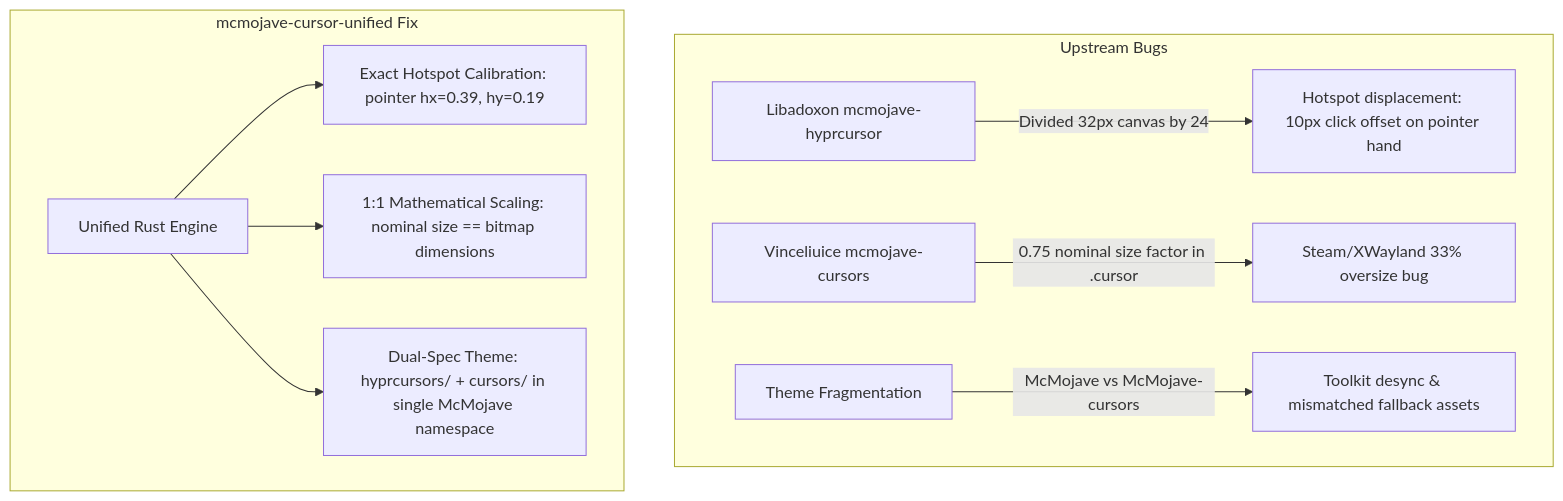
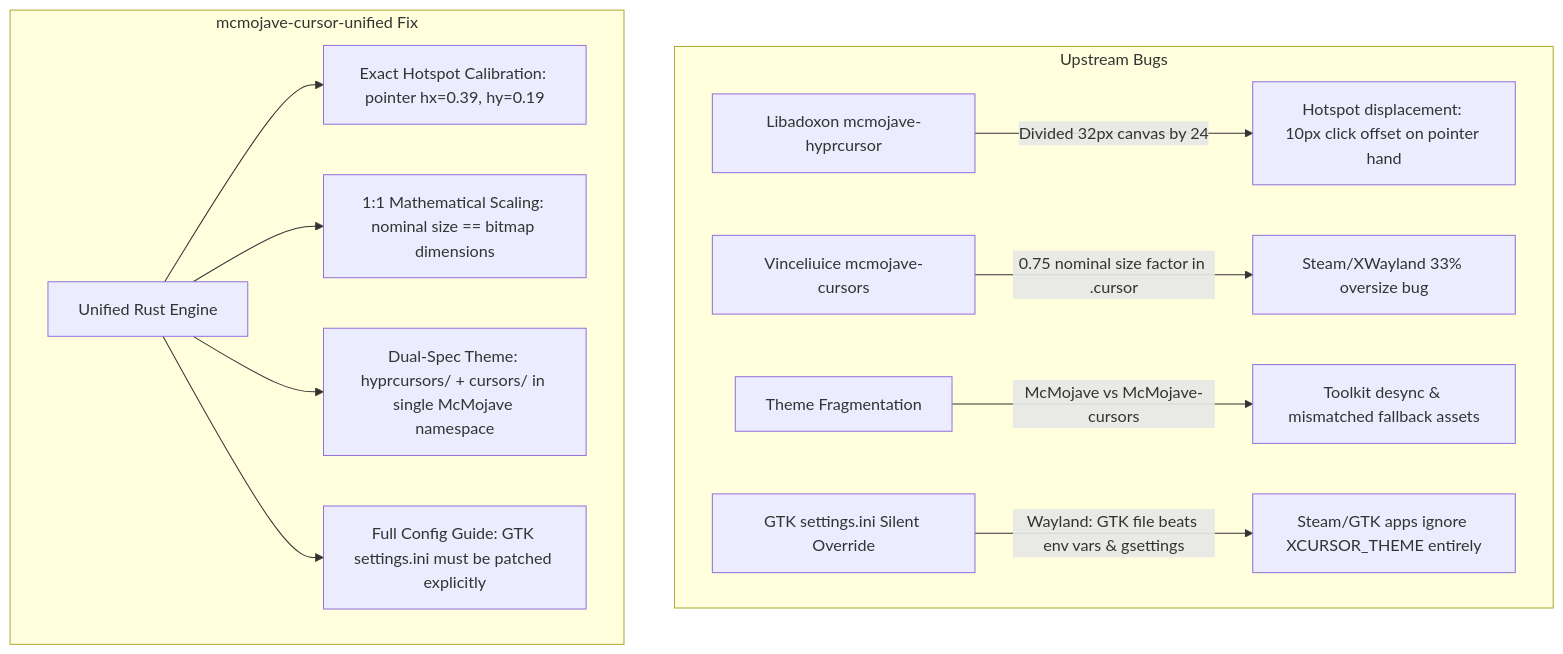
The diagram in README.md (ceduardorodrig/MCMOJAVE-CURSOR-UNIFIED), drawn with Mermaid before and after one commit. The commit also changed other lines of this file, not shown here.

First line of the commit message:
docs: document Bug #4 — GTK settings.ini silent cursor override on Wayland

````diff
--- a/README.md
+++ b/README.md
@@ -15,14 +15,16 @@
 ```mermaid
 flowchart TD
     subgraph Upstream Bugs
         A1[Libadoxon mcmojave-hyprcursor] -->|Divided 32px canvas by 24| B1[Hotspot displacement: 10px click offset on pointer hand]
         A2[Vinceliuice mcmojave-cursors] -->|0.75 nominal size factor in .cursor| B2[Steam/XWayland 33% oversize bug]
         A3[Theme Fragmentation] -->|McMojave vs McMojave-cursors| B3[Toolkit desync & mismatched fallback assets]
+        A4[GTK settings.ini Silent Override] -->|Wayland: GTK file beats env vars & gsettings| B4[Steam/GTK apps ignore XCURSOR_THEME entirely]
     end
 
     subgraph mcmojave-cursor-unified Fix
         C[Unified Rust Engine] --> D1[Exact Hotspot Calibration: pointer hx=0.39, hy=0.19]
         C --> D2[1:1 Mathematical Scaling: nominal size == bitmap dimensions]
         C --> D3[Dual-Spec Theme: hyprcursors/ + cursors/ in single McMojave namespace]
+        C --> D4[Full Config Guide: GTK settings.ini must be patched explicitly]
     end
 ```
````
